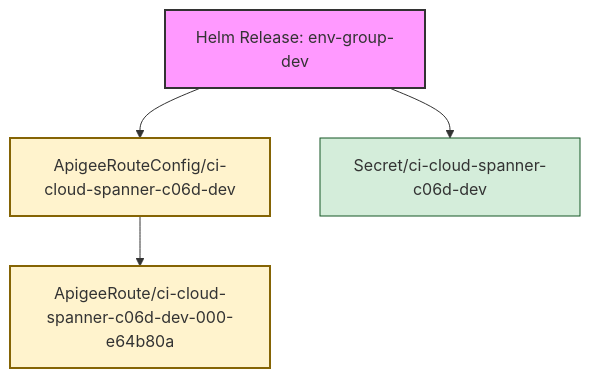
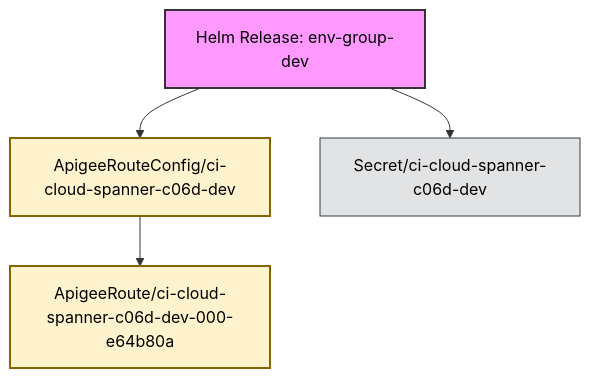
The diagram in generated/env-group-dev.md (anaik91/apigee-hybrid-relationship-builder), drawn with Mermaid before and after one commit. The commit also changed other lines of this file and 8 other files, not shown here.

````diff
--- a/generated/env-group-dev.md
+++ b/generated/env-group-dev.md
@@ -10,17 +12,26 @@
 ```mermaid
 graph TD;
-    classDef helm fill:#f9f,stroke:#333,stroke-width:2px;
-    classDef primitive fill:#d4edda,stroke:#155724,stroke-width:1px;
-    classDef apigee_crd fill:#fff3cd,stroke:#856404,stroke-width:2px;
+    classDef helm fill:#f9f,stroke:#333,stroke-width:2px,color:#000
+    classDef workload fill:#cce5ff,stroke:#004085,stroke-width:1px,color:#000
+    classDef network fill:#d4edda,stroke:#155724,stroke-width:1px,color:#000
+    classDef config fill:#e2e3e5,stroke:#383d41,stroke-width:1px,color:#000
+    classDef rbac fill:#f8d7da,stroke:#721c24,stroke-width:1px,color:#000
+    classDef apigee_crd fill:#fff3cd,stroke:#856404,stroke-width:2px,color:#000
+    classDef cert_manager_crd fill:#d1ecf1,stroke:#0c5460,stroke-width:2px,color:#000
+    classDef webhook fill:#ddd,stroke:#333,stroke-width:2px,color:#000
+    classDef default fill:#fff,stroke:#333,stroke-width:1px,color:#000
+
     ApigeeRouteConfigcicloudspannerc06ddev["ApigeeRouteConfig/ci-cloud-spanner-c06d-dev"]
+    ApigeeRoutecicloudspannerc06ddev000e64b80a["ApigeeRoute/ci-cloud-spanner-c06d-dev-000-e64b80a"]
+    HelmReleaseenvgroupdev["Helm Release: env-group-dev"]
+    Secretcicloudspannerc06ddev["Secret/ci-cloud-spanner-c06d-dev"]
+
     class ApigeeRouteConfigcicloudspannerc06ddev apigee_crd;
-    ApigeeRoutecicloudspannerc06ddev000e64b80a["ApigeeRoute/ci-cloud-spanner-c06d-dev-000-e64b80a"]
     class ApigeeRoutecicloudspannerc06ddev000e64b80a apigee_crd;
+    class HelmReleaseenvgroupdev helm;
+    class Secretcicloudspannerc06ddev config;
+
     ApigeeRouteConfigcicloudspannerc06ddev --> ApigeeRoutecicloudspannerc06ddev000e64b80a
-    HelmReleaseenvgroupdev["Helm Release: env-group-dev"]
-    class HelmReleaseenvgroupdev helm;
-    Secretcicloudspannerc06ddev["Secret/ci-cloud-spanner-c06d-dev"]
-    class Secretcicloudspannerc06ddev primitive;
     HelmReleaseenvgroupdev --> Secretcicloudspannerc06ddev
     HelmReleaseenvgroupdev --> ApigeeRouteConfigcicloudspannerc06ddev
 ```
````
